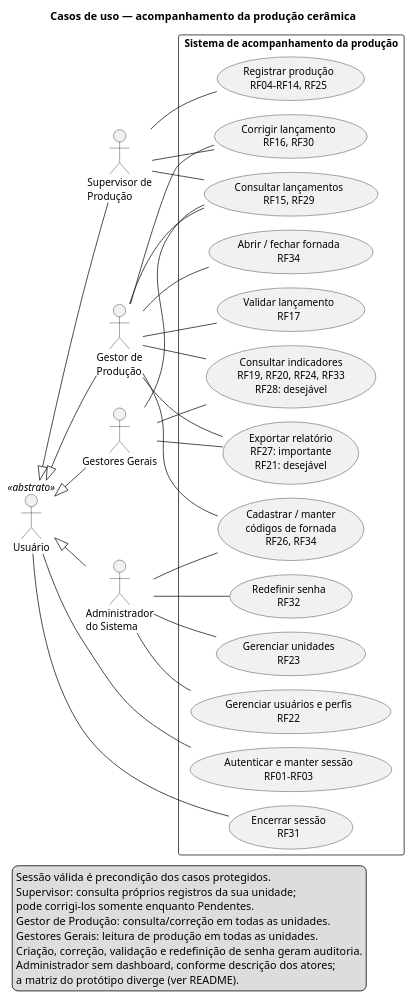
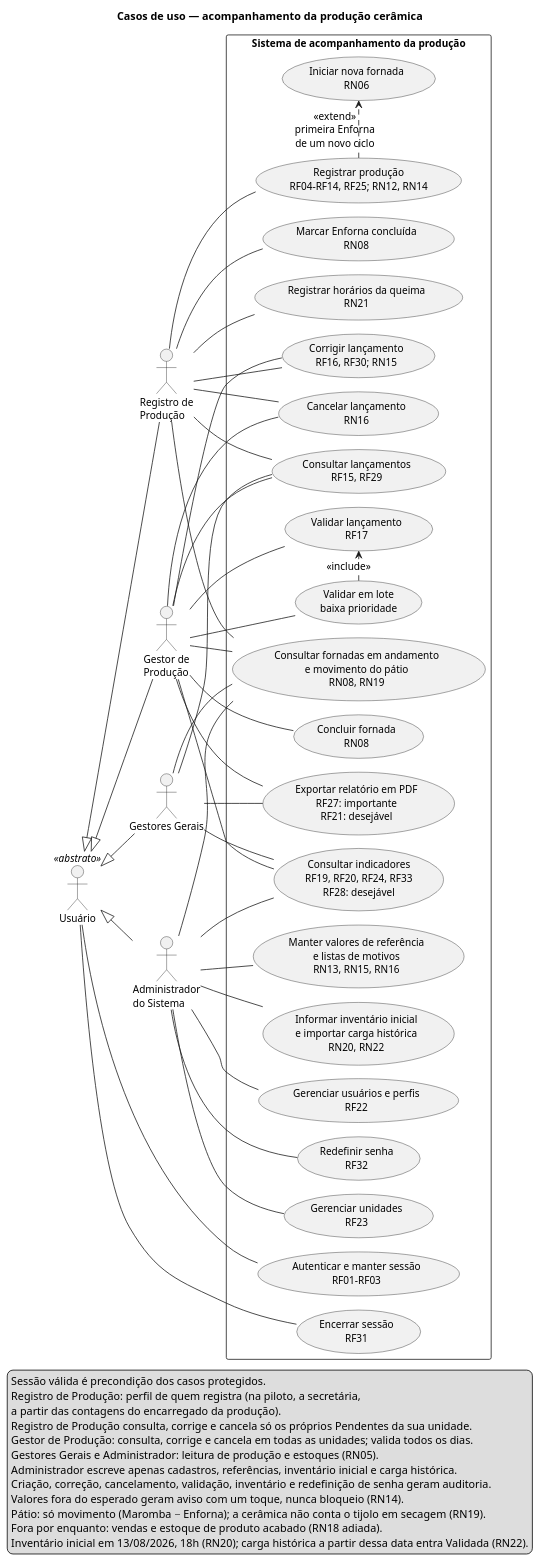
The diagram in docs/uml/01_casos_de_uso.puml (emilynerys/Projeto-Cer-mica-SOCRE), drawn with PlantUML before and after one commit. The commit also changed 21 other files, not shown here.

First line of the commit message:
Revisa os diagramas UML com o levantamento de outubro/2026

```diff
--- a/docs/uml/01_casos_de_uso.puml
+++ b/docs/uml/01_casos_de_uso.puml
@@ -1,68 +1,94 @@
 @startuml
-' Base: documento de requisitos v1.7 e protótipo de telas.
+' Base: documento de requisitos v1.7, protótipo de telas e levantamento de outubro/2026.
 ' Decisões de modelagem e divergências estão no README.md.
+' Revisado em 12/10/2026: perfil renomeado, vendas adiadas, carga histórica e validação em lote.
+' Revisado em 28/10/2026: movimento do pátio (sem contagem), inventário inicial em 13/08 e Enforna concluída.
 !pragma layout smetana
 left to right direction
 skinparam shadowing false
 skinparam packageStyle rectangle
 skinparam defaultFontName Arial
 skinparam defaultFontSize 13
 title Casos de uso — acompanhamento da produção cerâmica
 
 actor "Usuário" as Usuario <<abstrato>>
-actor "Supervisor de\nProdução" as Supervisor
+actor "Registro de\nProdução" as Registro
 actor "Gestor de\nProdução" as Gestor
 actor "Gestores Gerais" as Gerais
 actor "Administrador\ndo Sistema" as Admin
-Usuario <|-- Supervisor
+Usuario <|-- Registro
 Usuario <|-- Gestor
 Usuario <|-- Gerais
 Usuario <|-- Admin
 
 rectangle "Sistema de acompanhamento da produção" {
   usecase "Autenticar e manter sessão\nRF01–RF03" as Login
   usecase "Encerrar sessão\nRF31" as Sair
-  usecase "Registrar produção\nRF04–RF14, RF25" as Registrar
+  usecase "Registrar produção\nRF04–RF14, RF25; RN12, RN14" as Registrar
+  usecase "Iniciar nova fornada\nRN06" as NovaFornada
+  usecase "Marcar Enforna concluída\nRN08" as EnfornaConcluida
+  usecase "Registrar horários da queima\nRN21" as Queima
   usecase "Consultar lançamentos\nRF15, RF29" as Consultar
-  usecase "Corrigir lançamento\nRF16, RF30" as Corrigir
+  usecase "Corrigir lançamento\nRF16, RF30; RN15" as Corrigir
+  usecase "Cancelar lançamento\nRN16" as Cancelar
   usecase "Validar lançamento\nRF17" as Validar
+  usecase "Validar em lote\nbaixa prioridade" as ValidarLote
+  usecase "Concluir fornada\nRN08" as Concluir
   usecase "Consultar indicadores\nRF19, RF20, RF24, RF33\nRF28: desejável" as Indicadores
-  usecase "Exportar relatório\nRF27: importante\nRF21: desejável" as Exportar
-  usecase "Cadastrar / manter\ncódigos de fornada\nRF26, RF34" as Fornadas
-  usecase "Abrir / fechar fornada\nRF34" as CicloFornada
+  usecase "Consultar fornadas em andamento\ne movimento do pátio\nRN08, RN19" as Estoques
+  usecase "Exportar relatório em PDF\nRF27: importante\nRF21: desejável" as Exportar
   usecase "Gerenciar usuários e perfis\nRF22" as Usuarios
   usecase "Redefinir senha\nRF32" as Senha
   usecase "Gerenciar unidades\nRF23" as Unidades
+  usecase "Manter valores de referência\ne listas de motivos\nRN13, RN15, RN16" as Referencias
+  usecase "Informar inventário inicial\ne importar carga histórica\nRN20, RN22" as SaldoInicial
 }
+
+ValidarLote .> Validar : <<include>>
+Registrar .> NovaFornada : <<extend>>\nprimeira Enforna\nde um novo ciclo
 
 Usuario -- Login
 Usuario -- Sair
-Supervisor -- Registrar
-Supervisor -- Consultar
-Supervisor -- Corrigir
+Registro -- Registrar
+Registro -- EnfornaConcluida
+Registro -- Queima
+Registro -- Consultar
+Registro -- Corrigir
+Registro -- Cancelar
+Registro -- Estoques
 Gestor -- Consultar
 Gestor -- Corrigir
+Gestor -- Cancelar
 Gestor -- Validar
+Gestor -- ValidarLote
+Gestor -- Concluir
 Gestor -- Indicadores
+Gestor -- Estoques
 Gestor -- Exportar
-Gestor -- Fornadas
-Gestor -- CicloFornada
 Gerais -- Consultar
 Gerais -- Indicadores
+Gerais -- Estoques
 Gerais -- Exportar
+Admin -- Indicadores
+Admin -- Estoques
 Admin -- Usuarios
 Admin -- Senha
 Admin -- Unidades
-Admin -- Fornadas
+Admin -- Referencias
+Admin -- SaldoInicial
 
 legend bottom left
   Sessão válida é precondição dos casos protegidos.
-  Supervisor: consulta próprios registros da sua unidade;
-  pode corrigi-los somente enquanto Pendentes.
-  Gestor de Produção: consulta/correção em todas as unidades.
-  Gestores Gerais: leitura de produção em todas as unidades.
-  Criação, correção, validação e redefinição de senha geram auditoria.
-  Administrador sem dashboard, conforme descrição dos atores;
-  a matriz do protótipo diverge (ver README).
+  Registro de Produção: perfil de quem registra (na piloto, a secretária,
+  a partir das contagens do encarregado da produção).
+  Registro de Produção consulta, corrige e cancela só os próprios Pendentes da sua unidade.
+  Gestor de Produção: consulta, corrige e cancela em todas as unidades; valida todos os dias.
+  Gestores Gerais e Administrador: leitura de produção e estoques (RN05).
+  Administrador escreve apenas cadastros, referências, inventário inicial e carga histórica.
+  Criação, correção, cancelamento, validação, inventário e redefinição de senha geram auditoria.
+  Valores fora do esperado geram aviso com um toque, nunca bloqueio (RN14).
+  Pátio: só movimento (Maromba − Enforna); a cerâmica não conta o tijolo em secagem (RN19).
+  Fora por enquanto: vendas e estoque de produto acabado (RN18 adiada).
+  Inventário inicial em 13/08/2026, 18h (RN20); carga histórica a partir dessa data entra Validada (RN22).
 endlegend
 @enduml
```
